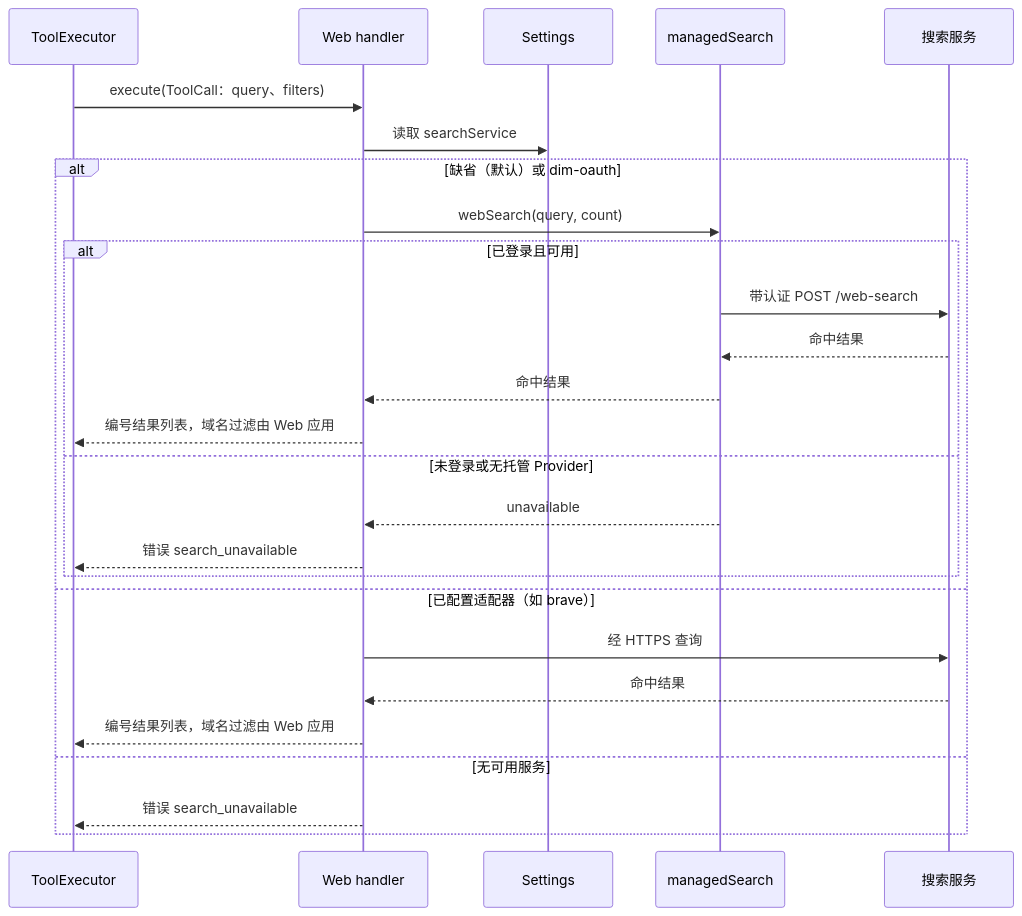
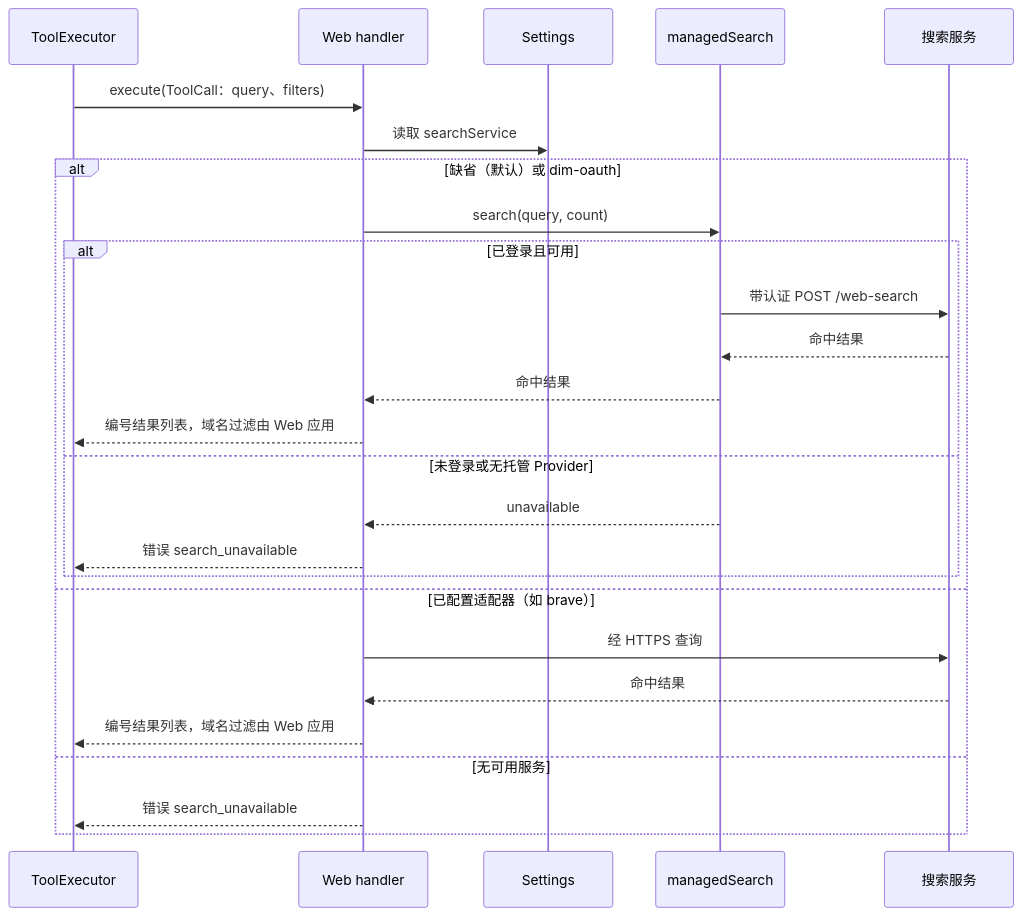
The fourth of 5 diagrams in docs/zh/design/plugins/Web.md (arcships/dim), drawn with Mermaid before and after one commit. The commit also changed 10 other files, not shown here.

````diff
--- a/docs/zh/design/plugins/Web.md
+++ b/docs/zh/design/plugins/Web.md
@@ -96,28 +96,28 @@
 ```mermaid
 sequenceDiagram
   participant X as ToolExecutor
   participant W as Web handler
   participant S as Settings
   participant M as managedSearch
   participant Q as 搜索服务
   X->>W: execute(ToolCall：query、filters)
   W->>S: 读取 searchService
   alt 缺省（默认）或 dim-oauth
-    W->>M: webSearch(query, count)
+    W->>M: search(query, count)
     alt 已登录且可用
       M->>Q: 带认证 POST /web-search
       Q-->>M: 命中结果
       M-->>W: 命中结果
       W-->>X: 编号结果列表，域名过滤由 Web 应用
     else 未登录或无托管 Provider
       M-->>W: unavailable
       W-->>X: 错误 search_unavailable
     end
   else 已配置适配器（如 brave）
     W->>Q: 经 HTTPS 查询
     Q-->>W: 命中结果
     W-->>X: 编号结果列表，域名过滤由 Web 应用
   else 无可用服务
     W-->>X: 错误 search_unavailable
   end
 ```
````
